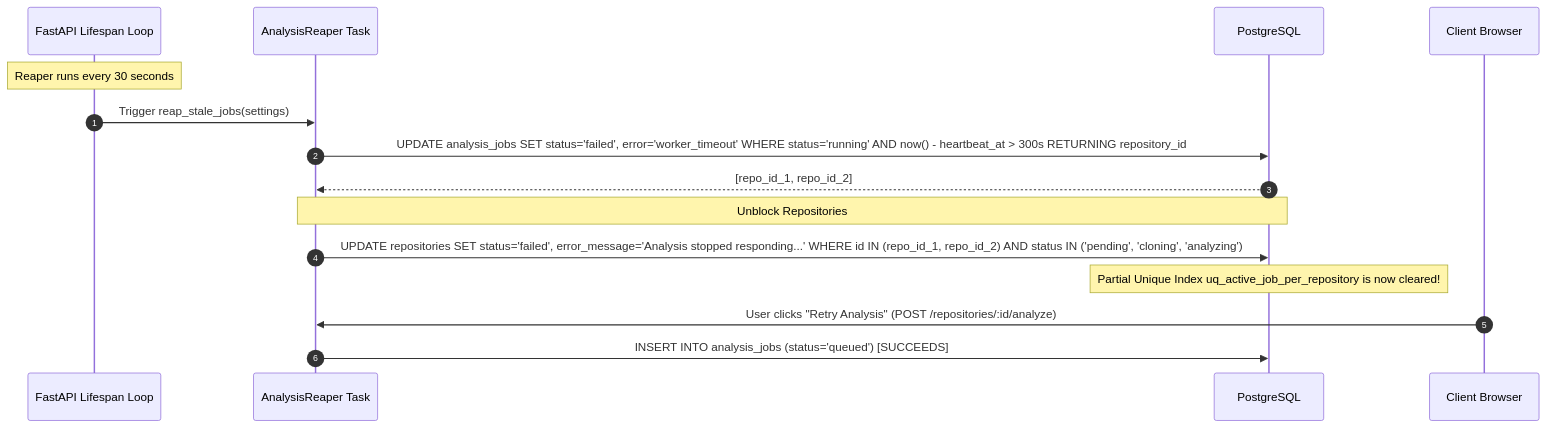
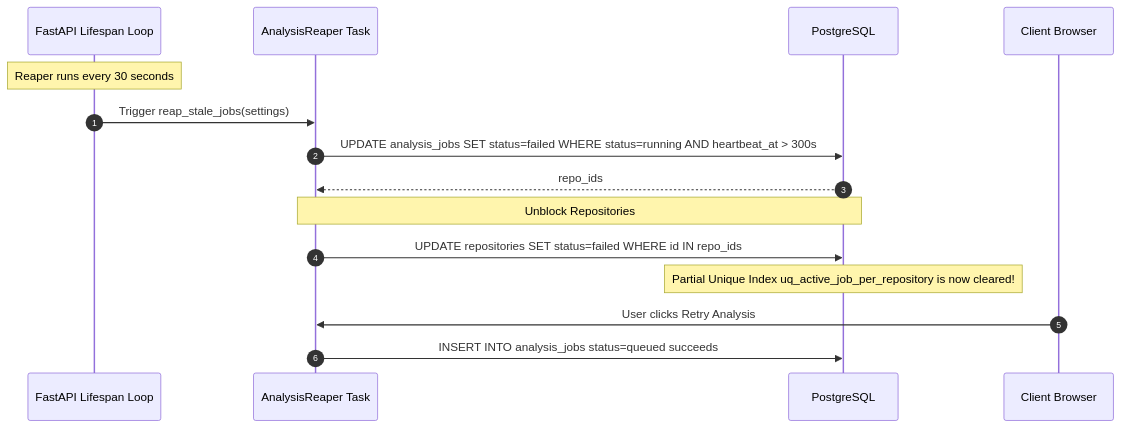
Before and after one commit to nikhil-87/CodeSensei: the third of 3 diagrams in vault/09-execution-and-data-flows.md, drawn with Mermaid. The commit also changed other lines of this file and 25 other files, not shown here.

Commit message:
docs: initialize comprehensive technical documentation, architecture diagrams, and verification guides in vault and docs directories

````diff
--- a/vault/09-execution-and-data-flows.md
+++ b/vault/09-execution-and-data-flows.md
@@ -185,22 +185,22 @@
 ```mermaid
 sequenceDiagram
     autonumber
     participant Lifespan as FastAPI Lifespan Loop
     participant Reaper as AnalysisReaper Task
     participant DB as PostgreSQL
     participant Browser as Client Browser
 
     Note over Lifespan: Reaper runs every 30 seconds
     Lifespan->>Reaper: Trigger reap_stale_jobs(settings)
     
-    Reaper->>DB: UPDATE analysis_jobs SET status='failed', error='worker_timeout' WHERE status='running' AND now() - heartbeat_at > 300s RETURNING repository_id
-    DB-->>Reaper: [repo_id_1, repo_id_2]
+    Reaper->>DB: UPDATE analysis_jobs SET status=failed WHERE status=running AND heartbeat_at > 300s
+    DB-->>Reaper: repo_ids
     
     Note over Reaper,DB: Unblock Repositories
-    Reaper->>DB: UPDATE repositories SET status='failed', error_message='Analysis stopped responding...' WHERE id IN (repo_id_1, repo_id_2) AND status IN ('pending', 'cloning', 'analyzing')
+    Reaper->>DB: UPDATE repositories SET status=failed WHERE id IN repo_ids
     
     Note over DB: Partial Unique Index uq_active_job_per_repository is now cleared!
     
-    Browser->>Reaper: User clicks "Retry Analysis" (POST /repositories/:id/analyze)
-    Reaper->>DB: INSERT INTO analysis_jobs (status='queued') [SUCCEEDS]
+    Browser->>Reaper: User clicks Retry Analysis
+    Reaper->>DB: INSERT INTO analysis_jobs status=queued succeeds
 ```
````
